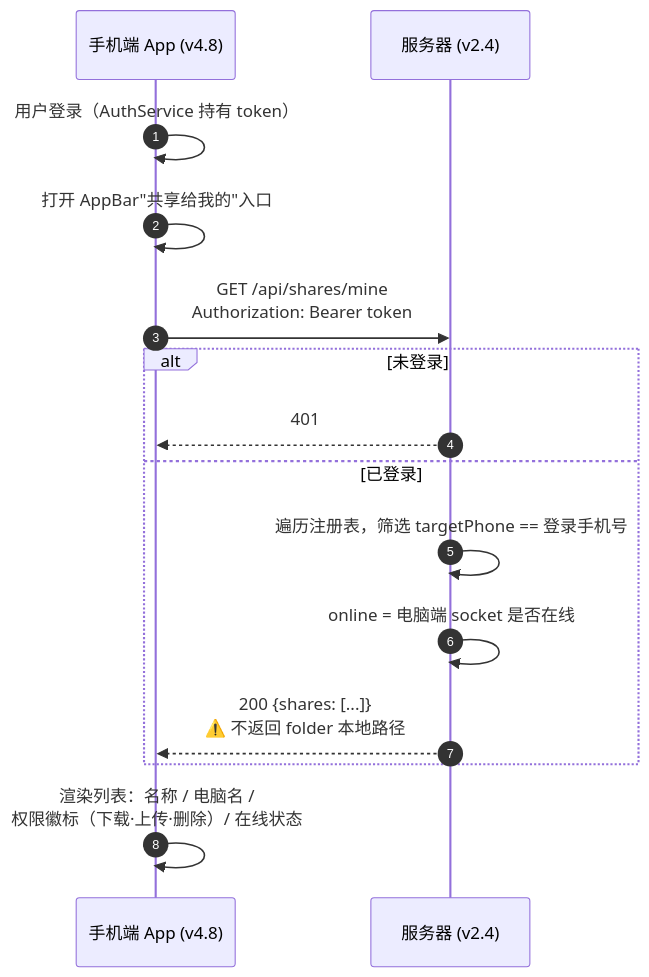
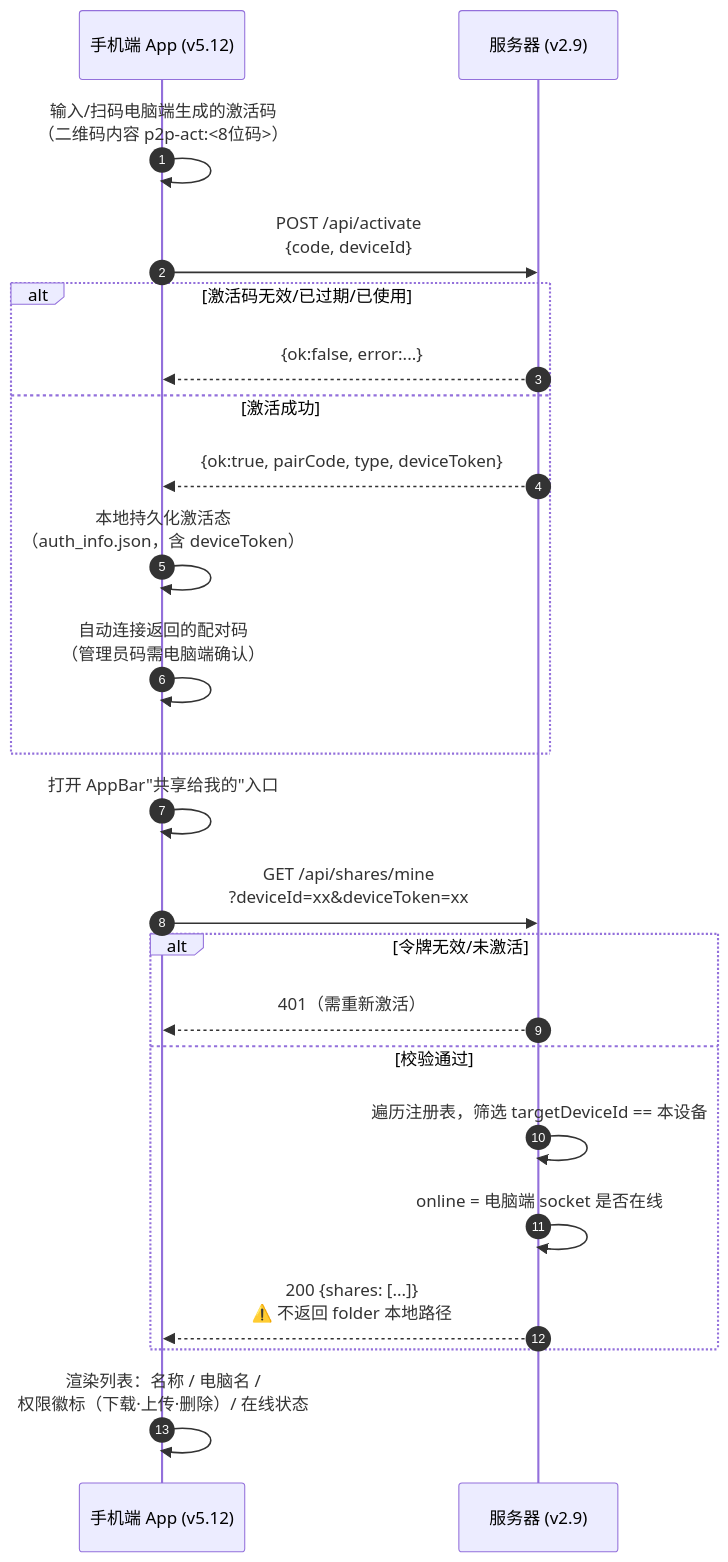
Before and after one commit to binghuo7758521/p2p: the third of 6 diagrams in 免配对码共享连接流程文档.md, drawn with Mermaid. The commit also changed other lines of this file and 57 other files, not shown here.

Commit message:
多端迭代：手机端 v5.25（多电脑管理员扫码激活、下载/上传进度横幅）、电脑端 v6.18（静默升级/自动登录/托盘关闭确认）、服务器 v2.13（OSS 升级发布链 + release.sh 一键发布 + E2E 测试）

````diff
--- a/免配对码共享连接流程文档.md
+++ b/免配对码共享连接流程文档.md
@@ -81,18 +90,26 @@
 ```mermaid
 sequenceDiagram
     autonumber
-    participant M as 手机端 App (v4.8)
-    participant S as 服务器 (v2.4)
+    participant M as 手机端 App (v5.12)
+    participant S as 服务器 (v2.9)
 
-    M->>M: 用户登录（AuthService 持有 token）
+    M->>M: 输入/扫码电脑端生成的激活码<br/>（二维码内容 p2p-act:<8位码>）
+    M->>S: POST /api/activate<br/>{code, deviceId}
+    alt 激活码无效/已过期/已使用
+        S-->>M: {ok:false, error:...}
+    else 激活成功
+        S-->>M: {ok:true, pairCode, type, deviceToken}
+        M->>M: 本地持久化激活态<br/>（auth_info.json，含 deviceToken）
+        M->>M: 自动连接返回的配对码<br/>（管理员码需电脑端确认）
+    end
     M->>M: 打开 AppBar"共享给我的"入口
-    M->>S: GET /api/shares/mine<br/>Authorization: Bearer token
-    alt 未登录
-        S-->>M: 401
-    else 已登录
-        S->>S: 遍历注册表，筛选 targetPhone == 登录手机号
+    M->>S: GET /api/shares/mine<br/>?deviceId=xx&deviceToken=xx
+    alt 令牌无效/未激活
+        S-->>M: 401（需重新激活）
+    else 校验通过
+        S->>S: 遍历注册表，筛选 targetDeviceId == 本设备
         S->>S: online = 电脑端 socket 是否在线
         S-->>M: 200 {shares: [...]}<br/>⚠️ 不返回 folder 本地路径
     end
     M->>M: 渲染列表：名称 / 电脑名 /<br/>权限徽标（下载·上传·删除）/ 在线状态
 ```
````
